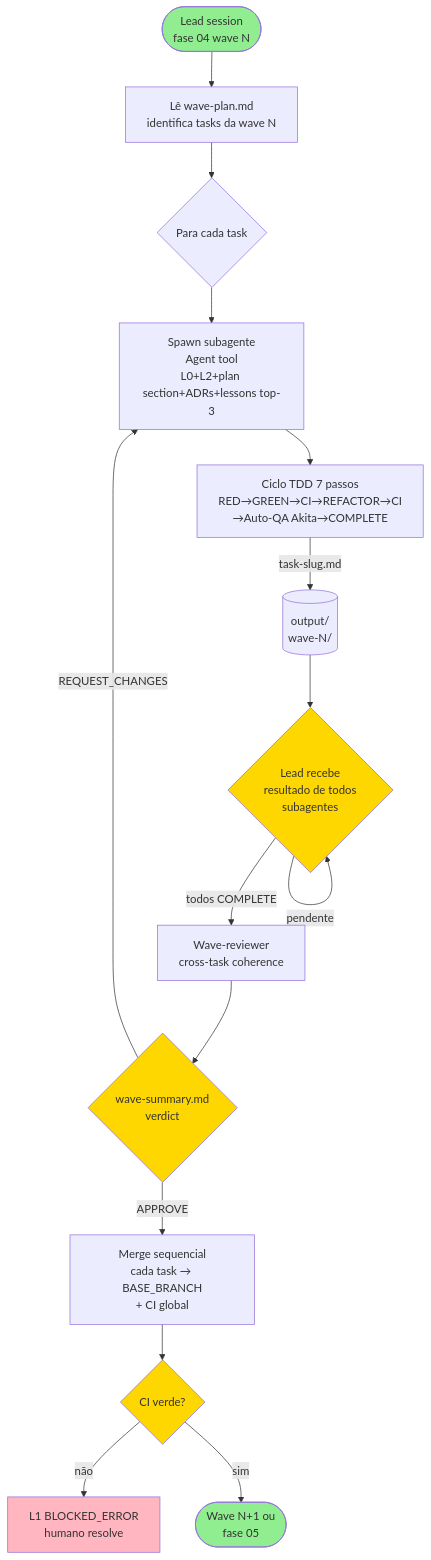
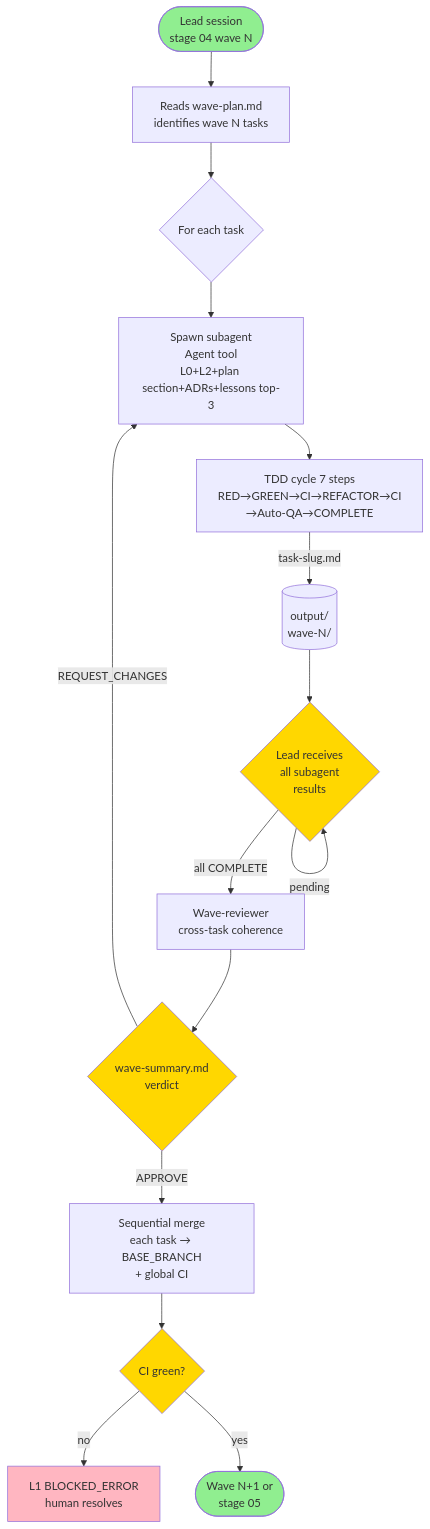
The diagram in references/subagent-protocol.md (gcunharodrigues/xp-icm-workflow), drawn with Mermaid before and after one commit. The commit also changed other lines of this file and 5 other files, not shown here.

Commit message:
feat(v3.11.0): Phase C1 — translate core-flow refs to en-US

````diff
--- a/references/subagent-protocol.md
+++ b/references/subagent-protocol.md
@@ -287,28 +287,28 @@
 ```mermaid
 flowchart TD
-    LEAD([Lead session<br/>fase 04 wave N]) --> READ[Lê wave-plan.md<br/>identifica tasks da wave N]
-    READ --> SPAWN{Para cada task}
-    SPAWN --> AG[Spawn subagente<br/>Agent tool<br/>L0+L2+plan section+ADRs+lessons top-3]
+    LEAD([Lead session<br/>stage 04 wave N]) --> READ[Reads wave-plan.md<br/>identifies wave N tasks]
+    READ --> SPAWN{For each task}
+    SPAWN --> AG[Spawn subagent<br/>Agent tool<br/>L0+L2+plan section+ADRs+lessons top-3]
 
-    AG --> TDD[Ciclo TDD 7 passos<br/>RED→GREEN→CI→REFACTOR→CI<br/>→Auto-QA Akita→COMPLETE]
+    AG --> TDD[TDD cycle 7 steps<br/>RED→GREEN→CI→REFACTOR→CI<br/>→Auto-QA→COMPLETE]
     TDD -->|task-slug.md| OUT[(output/<br/>wave-N/)]
 
-    OUT --> SYNC{Lead recebe<br/>resultado de todos<br/>subagentes}
-    SYNC -- pendente --> SYNC
-    SYNC -- todos COMPLETE --> WR[Wave-reviewer<br/>cross-task coherence]
+    OUT --> SYNC{Lead receives<br/>all subagent<br/>results}
+    SYNC -- pending --> SYNC
+    SYNC -- all COMPLETE --> WR[Wave-reviewer<br/>cross-task coherence]
 
     WR --> WV{wave-summary.md<br/>verdict}
     WV -- REQUEST_CHANGES --> AG
-    WV -- APPROVE --> RB[Merge sequencial<br/>cada task → BASE_BRANCH<br/>+ CI global]
+    WV -- APPROVE --> RB[Sequential merge<br/>each task → BASE_BRANCH<br/>+ global CI]
 
-    RB --> RBV{CI verde?}
-    RBV -- não --> BLK[L1 BLOCKED_ERROR<br/>humano resolve]
-    RBV -- sim --> NEXT([Wave N+1 ou<br/>fase 05])
+    RB --> RBV{CI green?}
+    RBV -- no --> BLK[L1 BLOCKED_ERROR<br/>human resolves]
+    RBV -- yes --> NEXT([Wave N+1 or<br/>stage 05])
 
     style LEAD fill:#90EE90
     style NEXT fill:#90EE90
     style SYNC fill:#FFD700
     style WV fill:#FFD700
     style RBV fill:#FFD700
     style BLK fill:#FFB6C1
 ```
````
